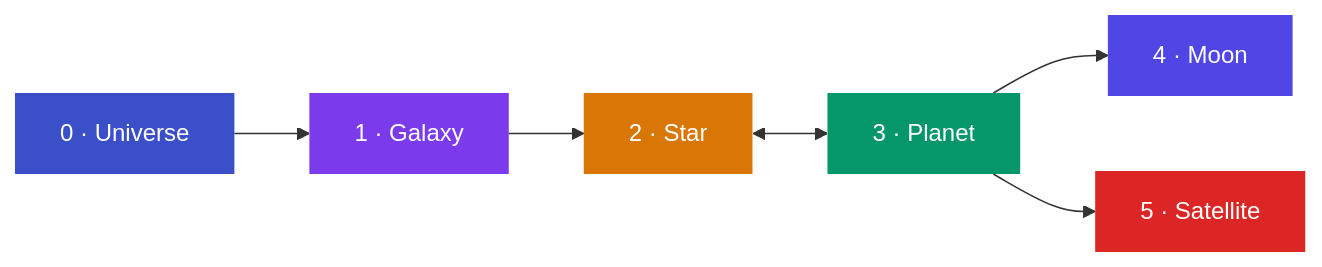
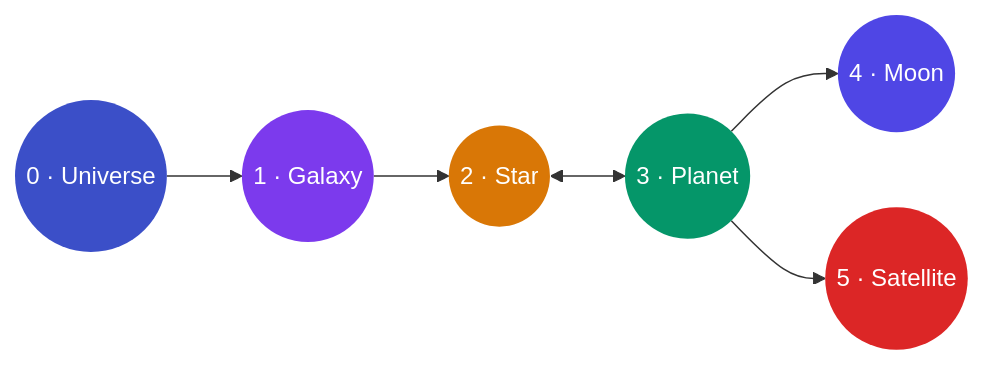
One commit to jwogrady/leboss changed the diagram in README.md. Above: the diagram before and after it, drawn with Mermaid.

Commit message:
docs(readme): use circle nodes in Mermaid diagram

````diff
--- a/README.md
+++ b/README.md
@@ -38,20 +38,20 @@
 ```mermaid
 flowchart LR
-    U["0 · Universe"]
-    G["1 · Galaxy"]
-    S["2 · Star"]
-    P["3 · Planet"]
-    M["4 · Moon"]
-    T["5 · Satellite"]
+    U(("0 · Universe"))
+    G(("1 · Galaxy"))
+    S(("2 · Star"))
+    P(("3 · Planet"))
+    M(("4 · Moon"))
+    T(("5 · Satellite"))
 
     U --> G --> S <--> P
     P --> M
     P --> T
 
     style U fill:#3b4fc8,color:#fff,stroke:none
     style G fill:#7c3aed,color:#fff,stroke:none
     style S fill:#d97706,color:#fff,stroke:none
     style P fill:#059669,color:#fff,stroke:none
     style M fill:#4f46e5,color:#fff,stroke:none
     style T fill:#dc2626,color:#fff,stroke:none
 ```
````
